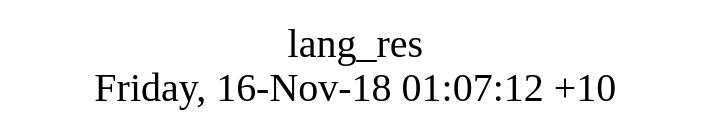
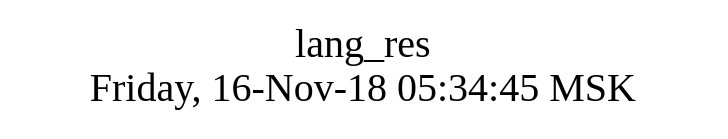
Before and after one commit to AplaProject/apps: the diagram in src/lang_res/struct.dot, drawn with Graphviz. The commit also changed 41 other files, not shown here.

```diff
--- a/src/lang_res/struct.dot
+++ b/src/lang_res/struct.dot
@@ -1,8 +1,10 @@
 digraph G {
-fontsize="24";
-label="lang_res\nFriday, 16-Nov-18 01:07:12 +10";
-nojustify=true;
-ordering=out;
-rankdir=LR;
-size="30";
+graph [
+  fontsize="24";
+  label="lang_res\nFriday, 16-Nov-18 05:34:45 MSK";
+  nojustify=true;
+  ordering=out;
+  rankdir=LR;
+  size="30";
+];
 }
```
